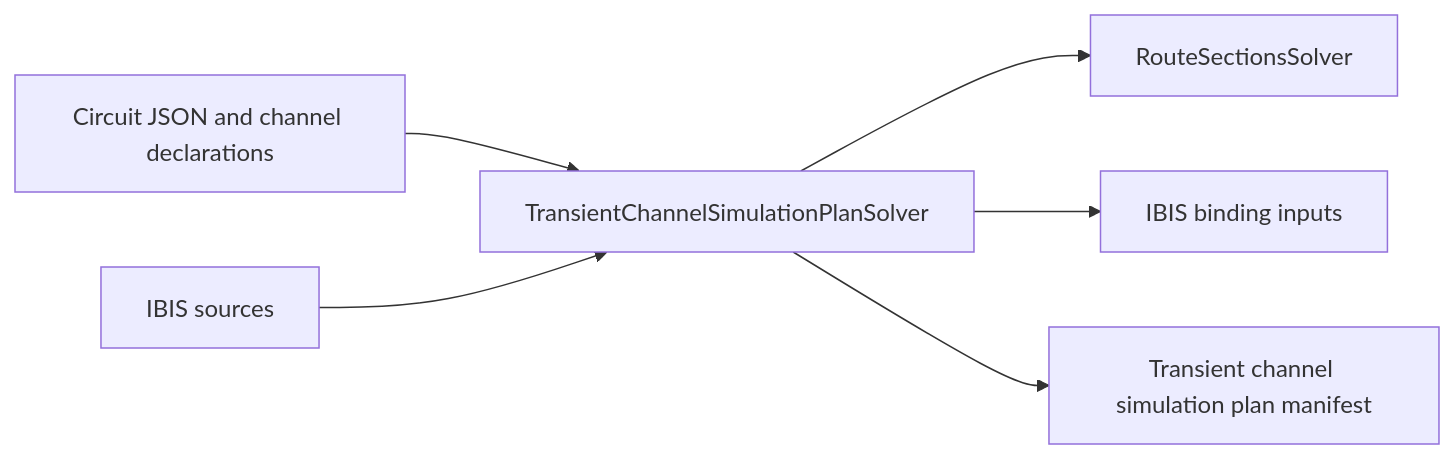
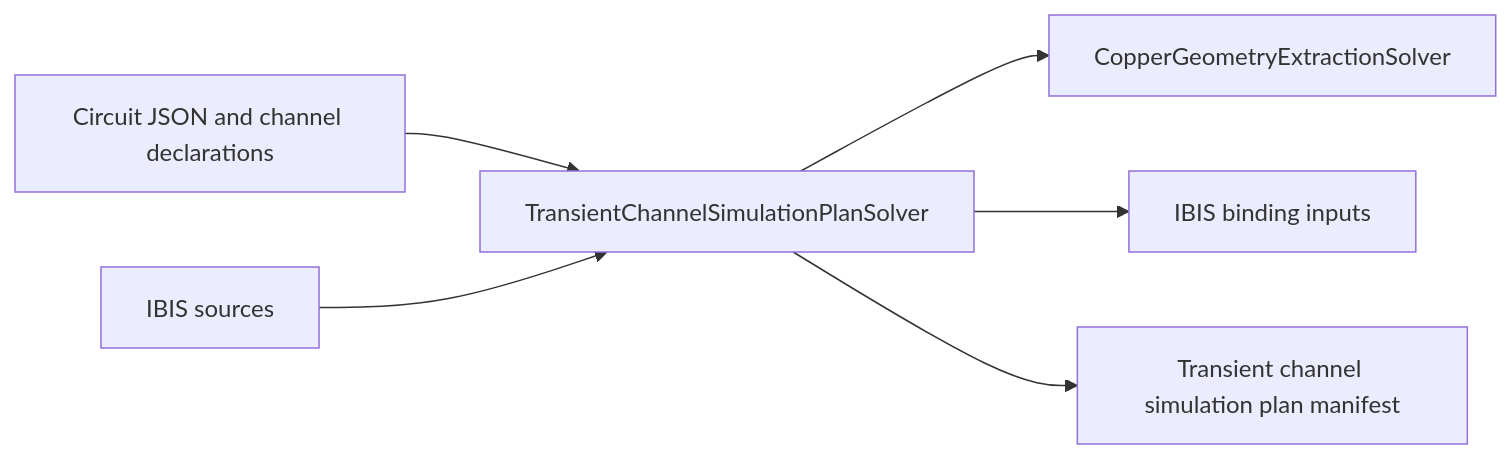
The first of 2 diagrams in README.md (draarivpatel-ui/signal-integrity-pipeline), drawn with Mermaid before and after one commit. The commit also changed other lines of this file and 128 other files, not shown here.

Commit message:
refactor: name the copper geometry extraction solver

````diff
--- a/README.md
+++ b/README.md
@@ -28,8 +28,8 @@
 ```mermaid
 flowchart LR
   board["Circuit JSON and channel declarations"] --> plan["TransientChannelSimulationPlanSolver"]
   ibis["IBIS sources"] --> plan
-  plan --> sections["RouteSectionsSolver"]
+  plan --> geometry["CopperGeometryExtractionSolver"]
   plan --> binding["IBIS binding inputs"]
   plan --> manifest["Transient channel simulation plan manifest"]
 ```
````
